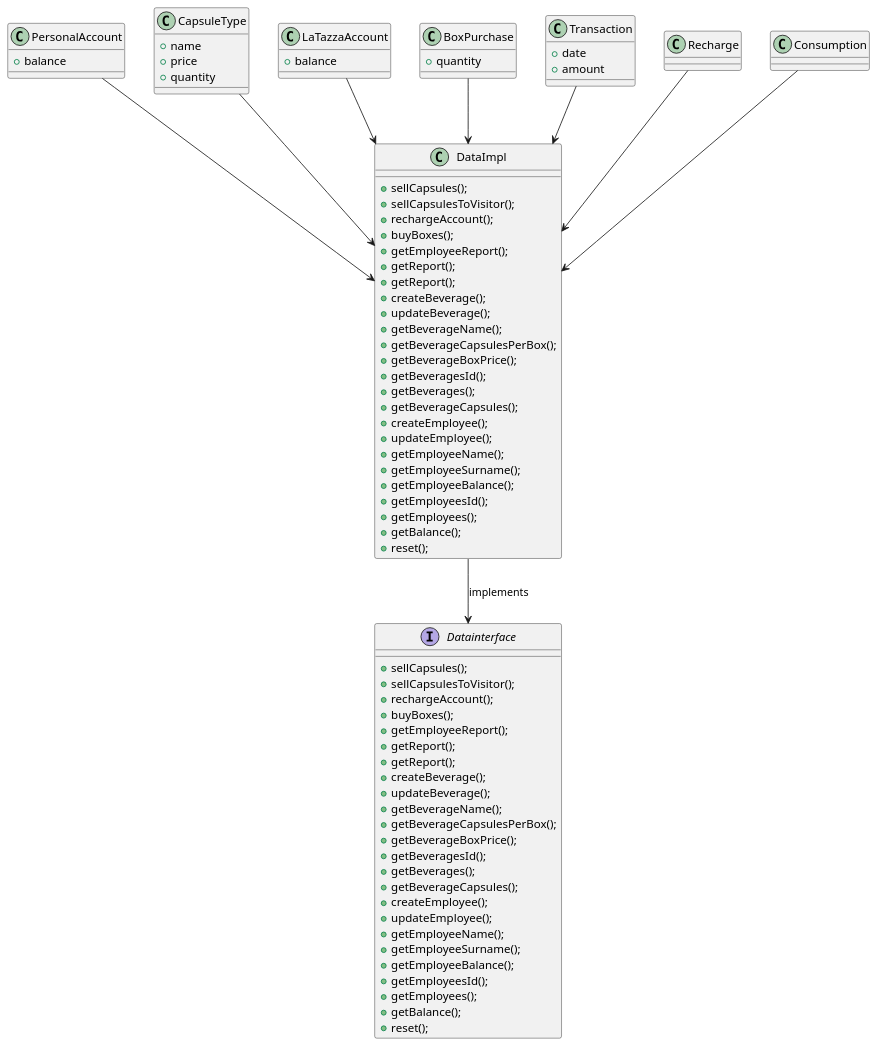
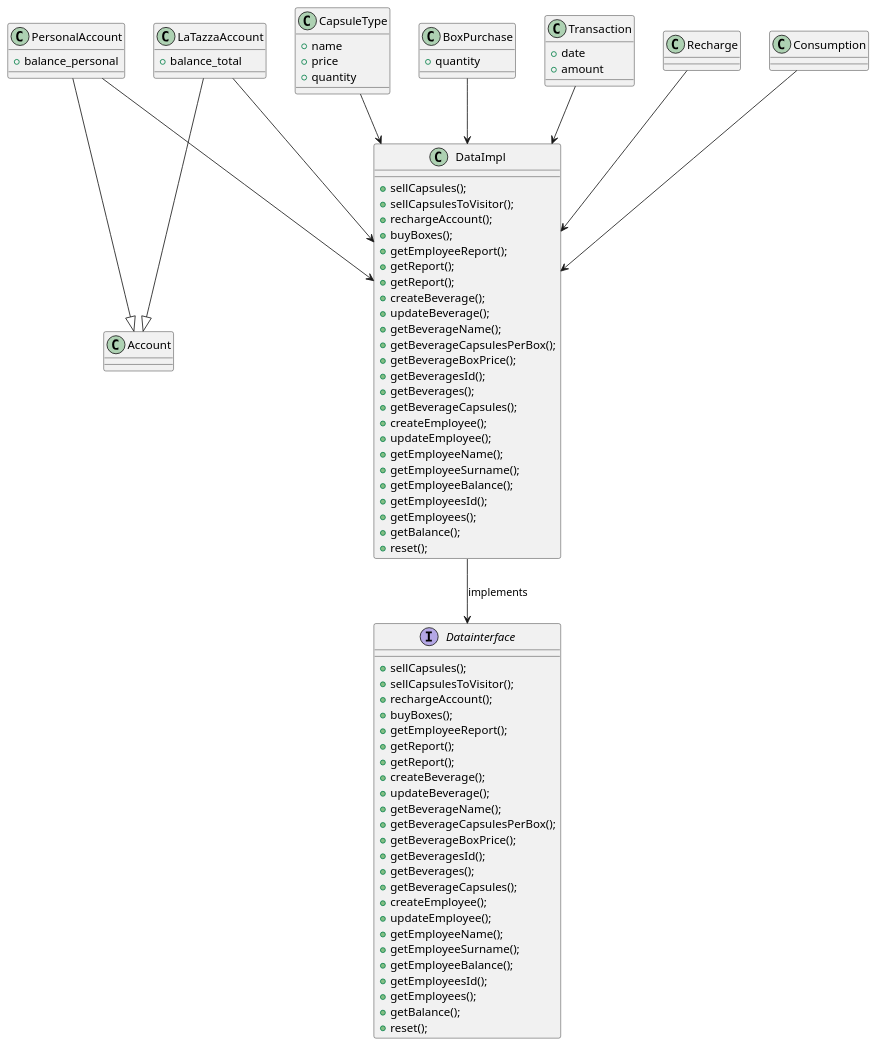
One commit to salvatore-dimartino/LaTazza changed the third of 7 diagrams in templates/DesignDocumentTemplate.md. Above: the diagram before and after it, drawn with PlantUML.

```diff
--- a/templates/DesignDocumentTemplate.md
+++ b/templates/DesignDocumentTemplate.md
@@ -128,11 +128,23 @@
 
 DataImpl --> Datainterface: implements
 
+class Account {
+    
+}
+
 class PersonalAccount {
-+ balance
++ balance_personal
 }
 
 PersonalAccount --> DataImpl
+PersonalAccount --|> Account
+
+class LaTazzaAccount {
++ balance_total
+}
+
+LaTazzaAccount --> DataImpl
+LaTazzaAccount --|> Account
 
 class CapsuleType {
 + name
@@ -141,12 +153,6 @@
 }
 
 CapsuleType --> DataImpl
-
-class LaTazzaAccount {
-+ balance
-}
-
-LaTazzaAccount --> DataImpl
 
 class BoxPurchase {
 + quantity
```
